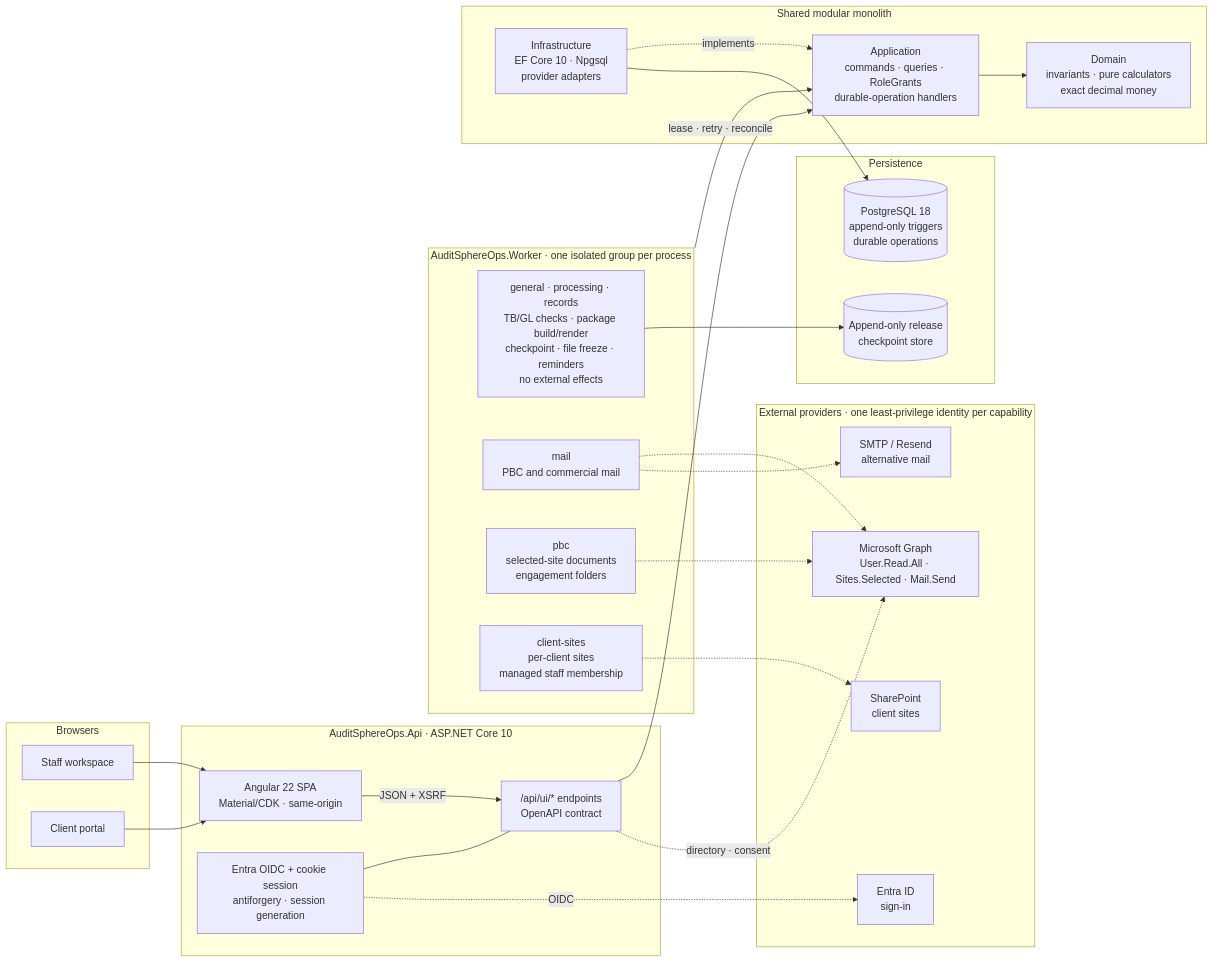
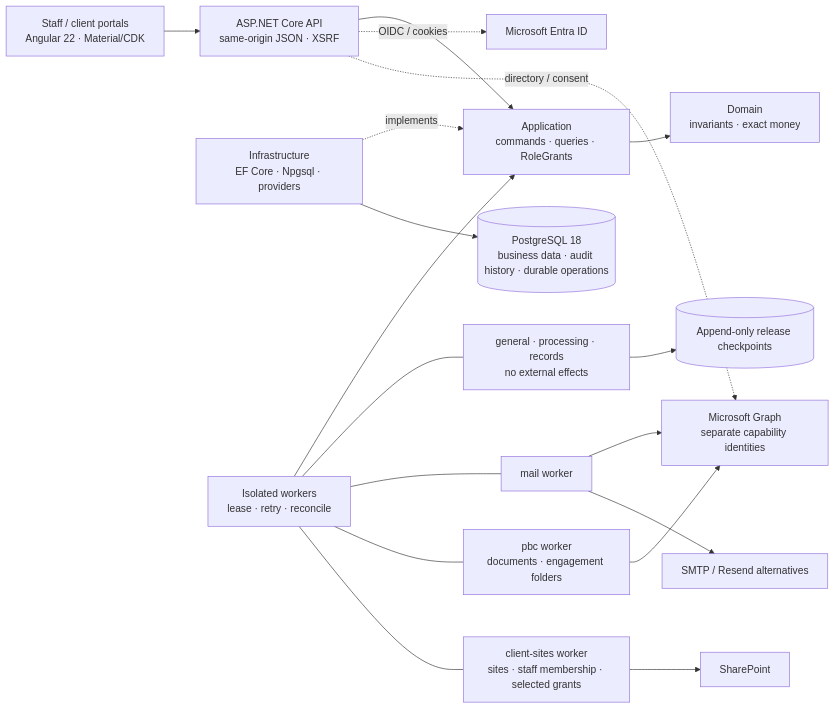
One commit to nirzaf/AuditSphere changed the diagram in README.md. Above: the diagram before and after it, drawn with Mermaid. The commit also changed other lines of this file, not shown here.

Commit message:
docs: compact README architecture and bounded completion notes

````diff
--- a/README.md
+++ b/README.md
@@ -22,56 +22,20 @@
 ```mermaid
 flowchart LR
-    subgraph Browsers["Browsers"]
-        STAFF["Staff workspace"]
-        PORTAL["Client portal"]
-    end
-
-    subgraph ApiHost["AuditSphereOps.Api · ASP.NET Core 10"]
-        SPA["Angular 22 SPA<br/>Material/CDK · same-origin"]
-        UIAPI["/api/ui/* endpoints<br/>OpenAPI contract"]
-        AUTH["Entra OIDC + cookie session<br/>antiforgery · session generation"]
-        SPA -->|"JSON + XSRF"| UIAPI
-        AUTH --- UIAPI
-    end
-
-    subgraph Workers["AuditSphereOps.Worker · one isolated group per process"]
-        CORE["general · processing · records<br/>TB/GL checks · package build/render<br/>checkpoint · file freeze · reminders<br/>no external effects"]
-        MAIL["mail<br/>PBC and commercial mail"]
-        PBC["pbc<br/>selected-site documents<br/>engagement folders"]
-        SITES["client-sites<br/>per-client sites<br/>managed staff membership"]
-    end
-
-    subgraph Core["Shared modular monolith"]
-        INF["Infrastructure<br/>EF Core 10 · Npgsql<br/>provider adapters"]
-        APP["Application<br/>commands · queries · RoleGrants<br/>durable-operation handlers"]
-        DOM["Domain<br/>invariants · pure calculators<br/>exact decimal money"]
-        INF -.->|"implements"| APP
-        APP --> DOM
-    end
-
-    subgraph Data["Persistence"]
-        PG[("PostgreSQL 18<br/>append-only triggers<br/>durable operations")]
-        CKPT[("Append-only release<br/>checkpoint store")]
-    end
-
-    subgraph External["External providers · one least-privilege identity per capability"]
-        ENTRA["Entra ID<br/>sign-in"]
-        GRAPH["Microsoft Graph<br/>User.Read.All · Sites.Selected · Mail.Send"]
-        SPO["SharePoint<br/>client sites"]
-        SMTP["SMTP / Resend<br/>alternative mail"]
-    end
-
-    STAFF --> SPA
-    PORTAL --> SPA
-    UIAPI --> APP
-    Workers -->|"lease · retry · reconcile"| APP
-    INF --> PG
-    CORE --> CKPT
-
-    AUTH -.->|"OIDC"| ENTRA
-    UIAPI -.->|"directory · consent"| GRAPH
-    MAIL -.-> GRAPH
-    MAIL -.-> SMTP
-    PBC -.-> GRAPH
-    SITES -.-> SPO
+    U["Staff / client portals<br/>Angular 22 · Material/CDK"] --> API["ASP.NET Core API<br/>same-origin JSON · XSRF"]
+    API --> APP["Application<br/>commands · queries · RoleGrants"]
+    APP --> DOM["Domain<br/>invariants · exact money"]
+    INF["Infrastructure<br/>EF Core · Npgsql · providers"] -.implements.-> APP
+    INF --> PG[("PostgreSQL 18<br/>business data · audit history · durable operations")]
+    W["Isolated workers<br/>lease · retry · reconcile"] --> APP
+    CORE["general · processing · records<br/>no external effects"] --> CKPT[("Append-only release checkpoints")]
+    W --- CORE
+    API -.OIDC / cookies.-> ENTRA["Microsoft Entra ID"]
+    API -.directory / consent.-> GRAPH["Microsoft Graph<br/>separate capability identities"]
+    MAIL["mail worker"] --> GRAPH
+    MAIL --> SMTP["SMTP / Resend alternatives"]
+    PBC["pbc worker<br/>documents · engagement folders"] --> GRAPH
+    SITES["client-sites worker<br/>sites · staff membership · selected grants"] --> SPO["SharePoint"]
+    W --- MAIL
+    W --- PBC
+    W --- SITES
 ```
````
